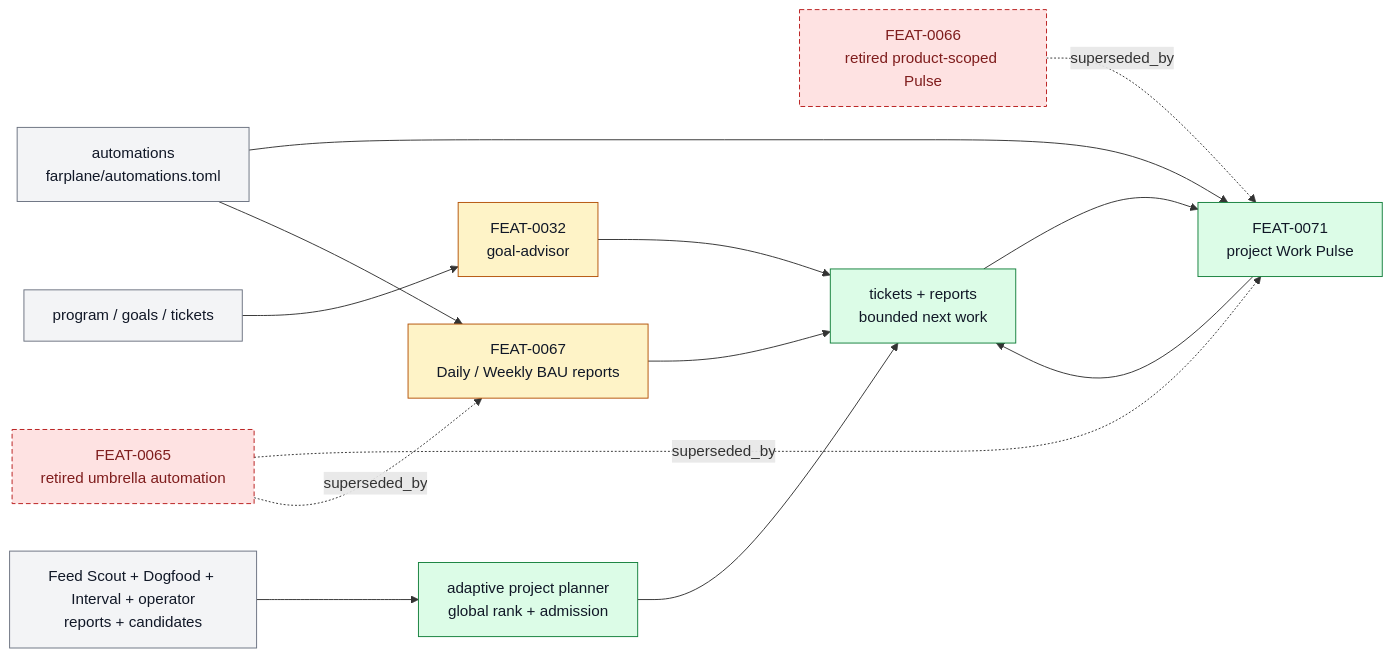
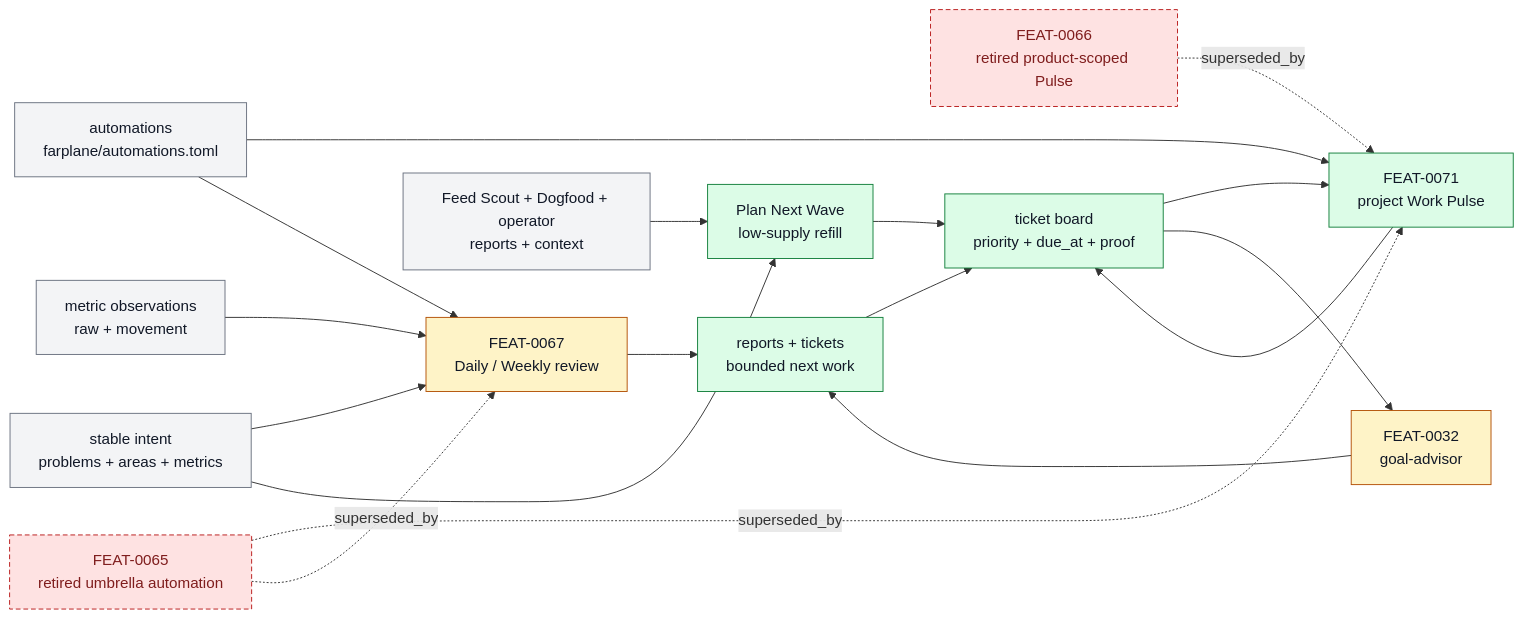
Before and after one commit to ZanarkandTechnologies/Farplane: the diagram in docs/systems/horizon-loop.md, drawn with Mermaid. The commit also changed other lines of this file and 374 other files, not shown here.

Commit message:
feat(interval): simplify metric-to-ticket control loop

````diff
--- a/docs/systems/horizon-loop.md
+++ b/docs/systems/horizon-loop.md
@@ -105,26 +111,31 @@
 ```mermaid
 flowchart LR
   classDef keep fill:#f3f4f6,stroke:#6b7280,color:#111827
   classDef changed fill:#fef3c7,stroke:#b45309,color:#111827
   classDef added fill:#dcfce7,stroke:#15803d,color:#111827
   classDef retired fill:#fee2e2,stroke:#b91c1c,color:#7f1d1d,stroke-dasharray: 5 3
 
-  goals["program / goals / tickets"]:::keep
+  metrics["metric observations<br/>raw + movement"]:::keep
+  intent["stable intent<br/>problems + areas + metrics"]:::keep
   automations["automations<br/>farplane/automations.toml"]:::keep
   advisor["FEAT-0032<br/>goal-advisor"]:::changed
   pulse["FEAT-0071<br/>project Work Pulse"]:::added
-  interval["FEAT-0067<br/>Daily / Weekly BAU reports"]:::changed
-  sources["Feed Scout + Dogfood + Interval + operator<br/>reports + candidates"]:::keep
+  interval["FEAT-0067<br/>Daily / Weekly review"]:::changed
+  sources["Feed Scout + Dogfood + operator<br/>reports + context"]:::keep
   old["FEAT-0065<br/>retired umbrella automation"]:::retired
   productPulse["FEAT-0066<br/>retired product-scoped Pulse"]:::retired
-  planner["adaptive project planner<br/>global rank + admission"]:::added
-  outputs["tickets + reports<br/>bounded next work"]:::added
+  planner["Plan Next Wave<br/>low-supply refill"]:::added
+  board["ticket board<br/>priority + due_at + proof"]:::added
+  outputs["reports + tickets<br/>bounded next work"]:::added
 
-  goals --> advisor --> outputs
-  automations --> pulse --> outputs
-  automations --> interval --> outputs
-  sources --> planner --> outputs --> pulse
+  metrics --> interval --> outputs --> board
+  intent --> interval
+  intent --> planner
+  automations --> pulse --> board
+  automations --> interval
+  sources --> planner --> board --> pulse
+  board --> advisor --> outputs
   old -. "superseded_by" .-> pulse
   old -. "superseded_by" .-> interval
   productPulse -. "superseded_by" .-> pulse
 ```
````
